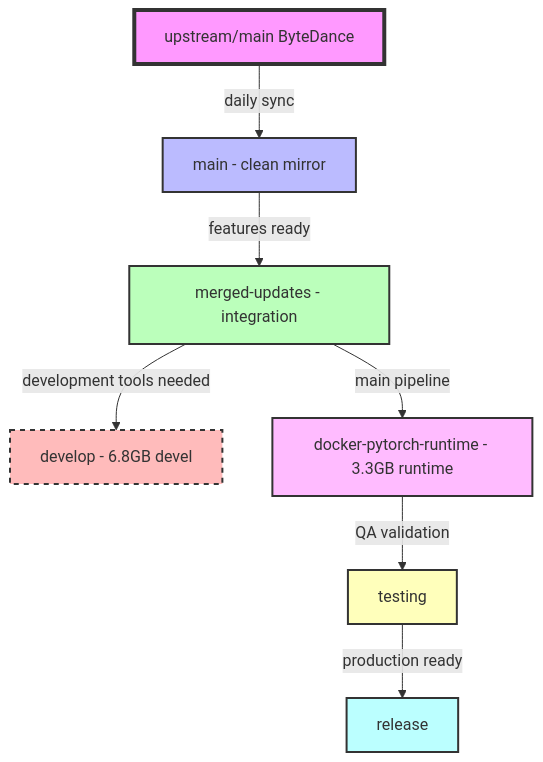
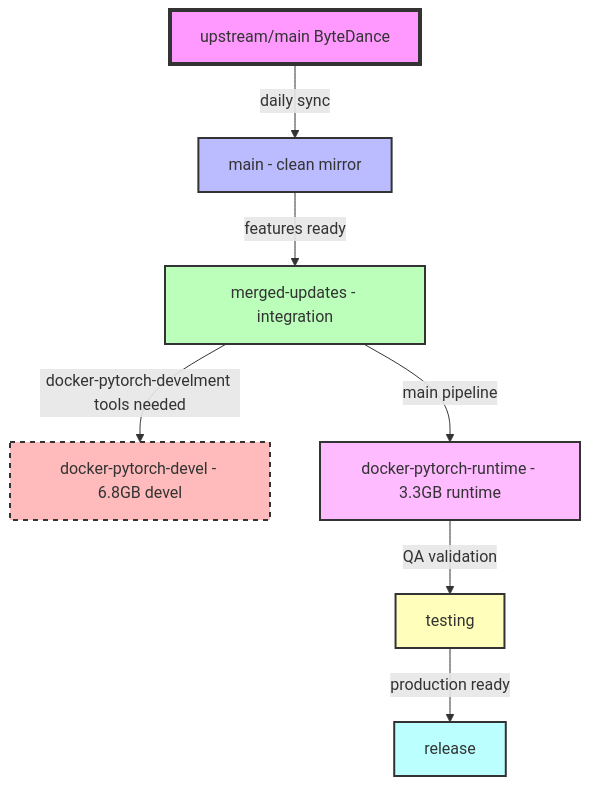
The diagram in BRANCHES.md (ShadNygren/Protenix), drawn with Mermaid before and after one commit. The commit also changed other lines of this file and 1 other file, not shown here.

First line of the commit message:
Update documentation: rename develop to docker-pytorch-devel

````diff
--- a/BRANCHES.md
+++ b/BRANCHES.md
@@ -5,19 +5,19 @@
 ```mermaid
 graph TD
     UM[upstream/main ByteDance] -->|daily sync| M[main - clean mirror]
     M -->|features ready| MERGE[merged-updates - integration]
     
-    MERGE -->|development tools needed| DEV[develop - 6.8GB devel]
+    MERGE -->|docker-pytorch-develment tools needed| DEV[docker-pytorch-devel - 6.8GB devel]
     MERGE -->|main pipeline| BASE[docker-pytorch-runtime - 3.3GB runtime]
     
     BASE -->|QA validation| TEST[testing]
     TEST -->|production ready| REL[release]
     
     style UM fill:#f9f,stroke:#333,stroke-width:4px
     style M fill:#bbf,stroke:#333,stroke-width:2px
     style MERGE fill:#bfb,stroke:#333,stroke-width:2px
     style DEV fill:#fbb,stroke:#333,stroke-width:2px,stroke-dasharray: 5 5
     style BASE fill:#fbf,stroke:#333,stroke-width:2px
     style TEST fill:#ffb,stroke:#333,stroke-width:2px
     style REL fill:#bff,stroke:#333,stroke-width:2px
 ```
````
